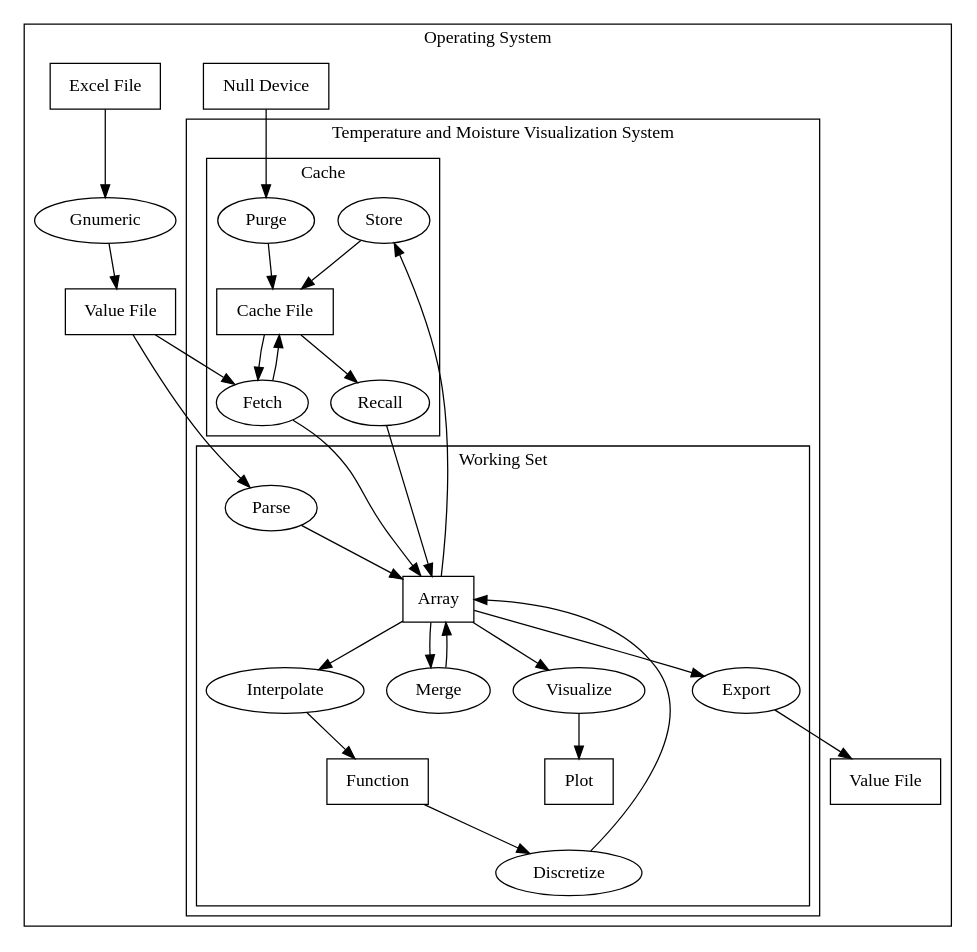
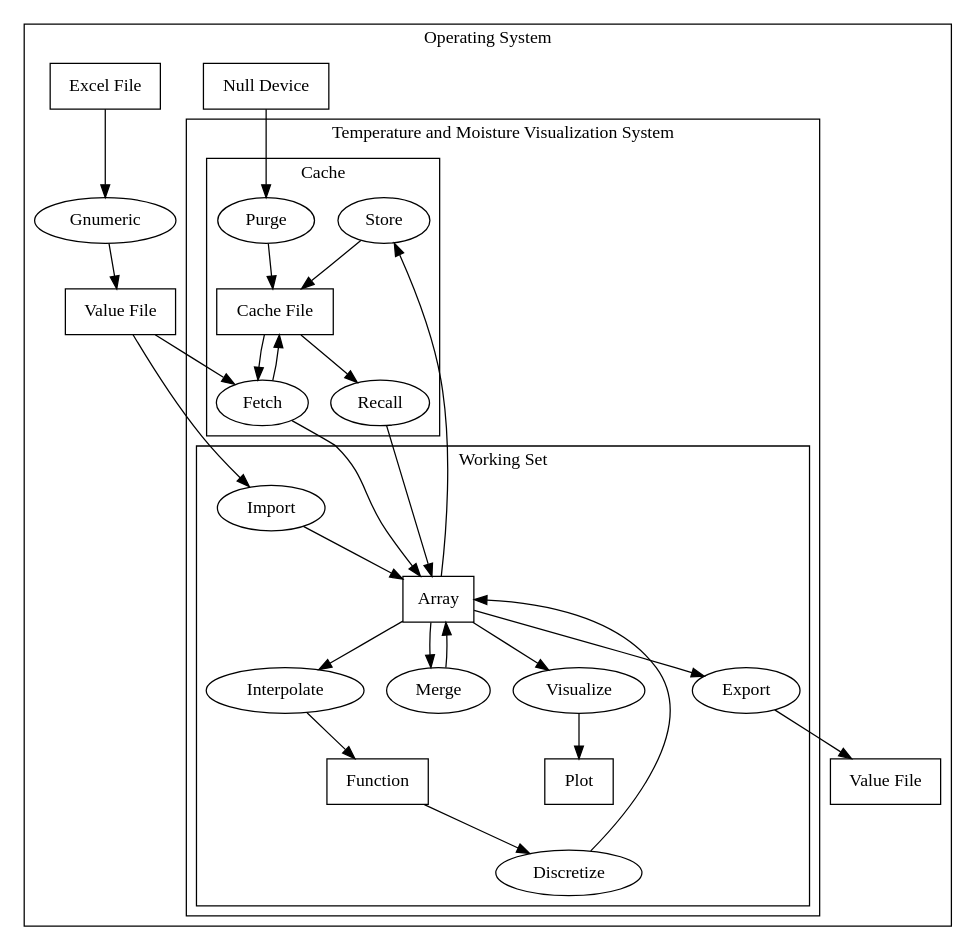
Before and after one commit to Tuplanolla/tmvs: the diagram in data-flow.dot, drawn with Graphviz. The commit also changed 20 other files, not shown here.

```diff
--- a/data-flow.dot
+++ b/data-flow.dot
@@ -1,64 +1,64 @@
 digraph {
   subgraph cluster_cace {
     label = "Operating System"
 
     node [shape = box]
     null [label = "Null Device"]
     xlsr [label = "Excel File"]
     csvr [label = "Value File"]
     csvw [label = "Value File"]
 
     node [shape = oval]
     gnumeric [label = "Gnumeric"]
 
     subgraph cluster_tmvs {
       label = "Temperature and Moisture Visualization System"
 
       subgraph cluster_ws {
         label = "Working Set"
 
         node [shape = box]
         array [label = "Array"]
         function [label = "Function"]
         plot [label = "Plot"]
 
         node [shape = oval]
-        parse [label = "Parse"]
+        import [label = "Import"]
         interpolate [label = "Interpolate"]
         discretize [label = "Discretize"]
         merge [label = "Merge"]
         visualize [label = "Visualize"]
         export [label = "Export"]
       }
 
       subgraph cluster_cache {
         label = "Cache"
 
         node [shape = box]
         cache [label = "Cache File"]
 
         node [shape = oval]
         store [label = "Store"]
         recall [label = "Recall"]
         fetch [label = "Fetch"]
         purge [label = "Purge"]
       }
     }
   }
 
   xlsr -> gnumeric -> csvr
-  csvr -> parse -> array
+  csvr -> import -> array
   array -> interpolate -> function
   function -> discretize -> array
   array -> merge -> array
   array -> visualize -> plot
   array -> store -> cache
   cache -> recall -> array
   csvr -> fetch -> array
   cache -> fetch -> cache
   null -> purge -> cache
   array -> export -> csvw
 
-  fetch -> parse [style = invis]
-  recall -> parse [style = invis]
+  fetch -> import [style = invis]
+  recall -> import [style = invis]
 }
```
